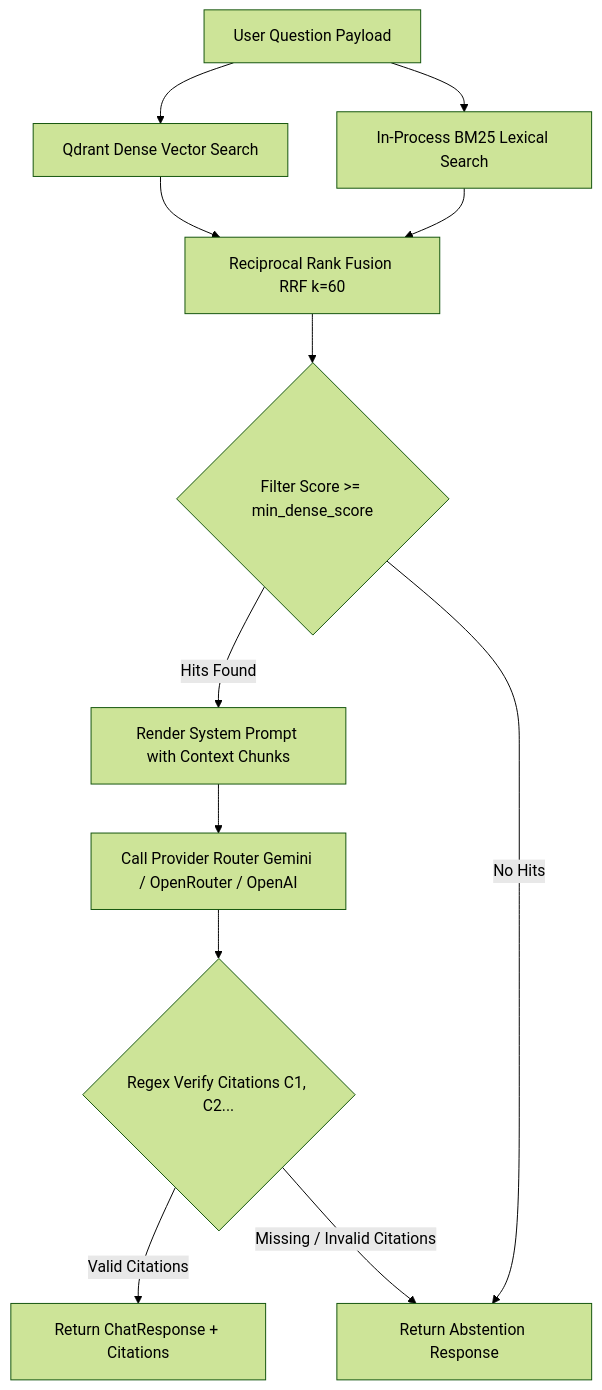
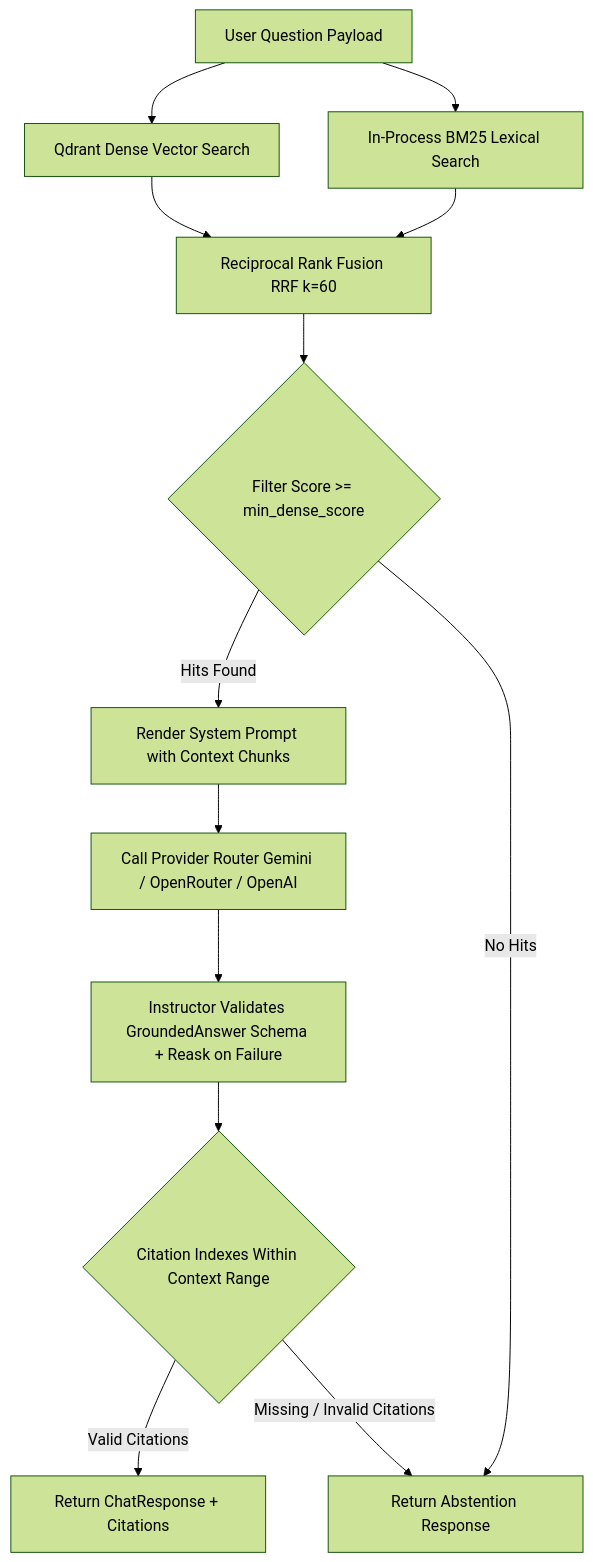
One commit to tunganhnguyen0210/Company-knowledge-RAG changed the diagram in docs/architectures/04-retrieval-generation-and-citations.md. Above: the diagram before and after it, drawn with Mermaid (forest theme). The commit also changed other lines of this file and 43 other files, not shown here.

````diff
--- a/docs/architectures/04-retrieval-generation-and-citations.md
+++ b/docs/architectures/04-retrieval-generation-and-citations.md
@@ -13,18 +13,19 @@
 ```mermaid
 flowchart TD
     Query[User Question Payload] --> Dense[Qdrant Dense Vector Search]
     Query --> Lexical[In-Process BM25 Lexical Search]
     
     Dense --> RRF[Reciprocal Rank Fusion RRF k=60]
     Lexical --> RRF
     
     RRF --> MinScore{Filter Score >= min_dense_score}
     MinScore -->|Hits Found| Prompt[Render System Prompt with Context Chunks]
     MinScore -->|No Hits| Abstain[Return Abstention Response]
     
     Prompt --> LLM[Call Provider Router Gemini / OpenRouter / OpenAI]
-    LLM --> CitationCheck{Regex Verify Citations C1, C2...}
+    LLM --> Structured[Instructor Validates GroundedAnswer Schema + Reask on Failure]
+    Structured --> CitationCheck{Citation Indexes Within Context Range}
     
     CitationCheck -->|Valid Citations| Output[Return ChatResponse + Citations]
     CitationCheck -->|Missing / Invalid Citations| Abstain
 ```
````
